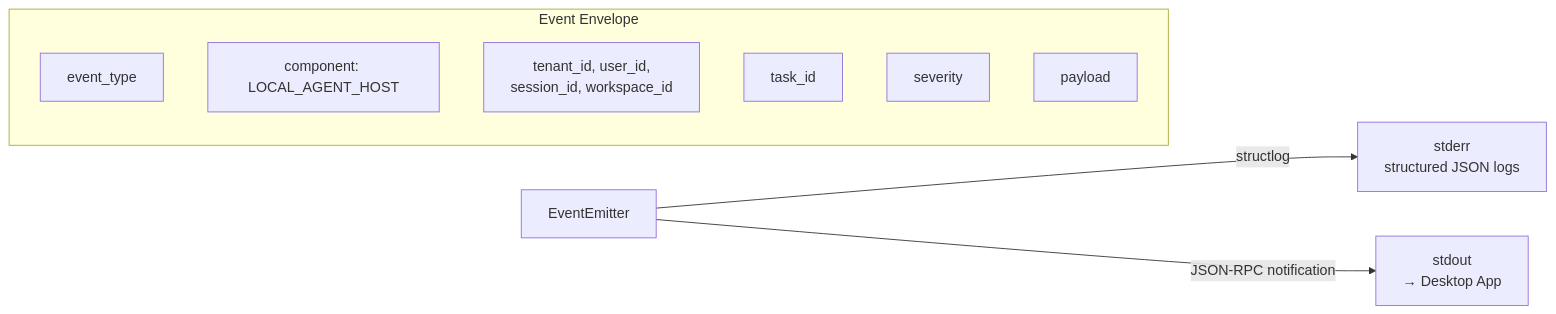
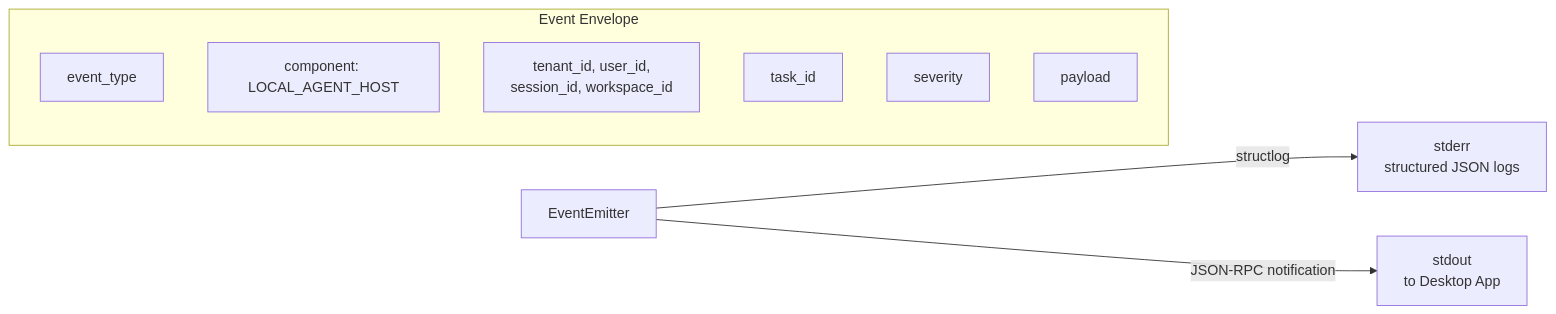
Diagram 17 of 24 in docs/agent-loop-architecture.md (suman724/cowork-agent-runtime), drawn with Mermaid before and after one commit. The commit also changed other lines of this file and 112 other files, not shown here.

````diff
--- a/docs/agent-loop-architecture.md
+++ b/docs/agent-loop-architecture.md
@@ -1182,14 +1189,14 @@
 ```mermaid
 graph LR
     EE[EventEmitter] -->|structlog| Stderr[stderr<br/>structured JSON logs]
-    EE -->|JSON-RPC notification| Stdout[stdout<br/>→ Desktop App]
+    EE -->|JSON-RPC notification| Stdout["stdout<br/>to Desktop App"]
 
-    subgraph Event Envelope
+    subgraph "Event Envelope"
         ET[event_type]
-        Comp[component: LOCAL_AGENT_HOST]
+        Comp["component: LOCAL_AGENT_HOST"]
         IDs[tenant_id, user_id,<br/>session_id, workspace_id]
         TID[task_id]
         Sev[severity]
         Pay[payload]
     end
 ```
````
